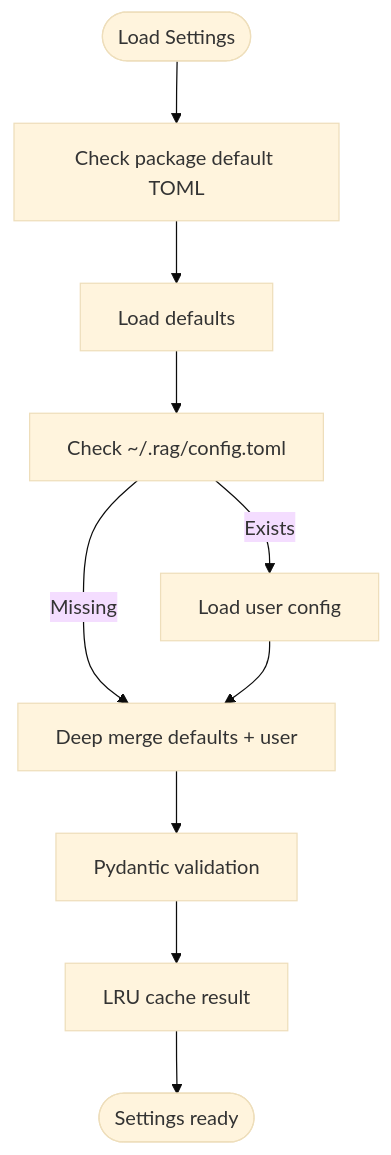
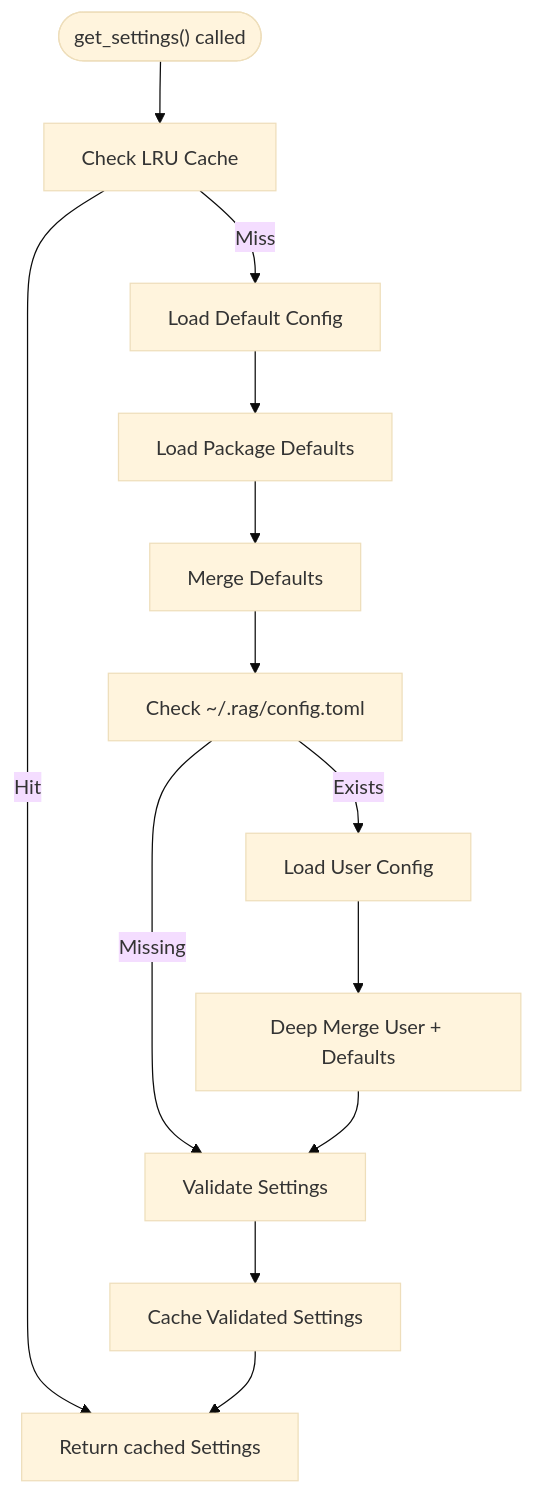
The third of 6 diagrams in docs/wiki/Configuration Management.md (NcitDev/ragsystem), drawn with Mermaid (base theme) before and after one commit. The commit also changed other lines of this file and 27 other files, not shown here.

````diff
--- a/docs/wiki/Configuration Management.md
+++ b/docs/wiki/Configuration Management.md
@@ -201,12 +208,15 @@
 ```mermaid
 flowchart TD
-Start(["Load Settings"]) --> CheckDefaults["Check package default TOML"]
-CheckDefaults --> LoadDefaults["Load defaults"]
-LoadDefaults --> CheckUser["Check ~/.rag/config.toml"]
-CheckUser --> |Exists| LoadUser["Load user config"]
-CheckUser --> |Missing| Merge["Merge {} + defaults"]
-LoadUser --> Merge["Deep merge defaults + user"]
-Merge --> Validate["Pydantic validation"]
-Validate --> Cache["LRU cache result"]
-Cache --> End(["Settings ready"])
+START(["get_settings() called"]) --> CHECK_CACHE["Check LRU Cache"]
+CHECK_CACHE --> |Hit| RETURN["Return cached Settings"]
+CHECK_CACHE --> |Miss| LOAD_DEFAULTS["Load Default Config"]
+LOAD_DEFAULTS --> LOAD_PACKAGE["Load Package Defaults"]
+LOAD_PACKAGE --> MERGE_DEFAULTS["Merge Defaults"]
+MERGE_DEFAULTS --> CHECK_USER["Check ~/.rag/config.toml"]
+CHECK_USER --> |Exists| LOAD_USER["Load User Config"]
+CHECK_USER --> |Missing| VALIDATE["Validate Settings"]
+LOAD_USER --> DEEP_MERGE["Deep Merge User + Defaults"]
+DEEP_MERGE --> VALIDATE
+VALIDATE --> CACHE["Cache Validated Settings"]
+CACHE --> RETURN
 ```
````
